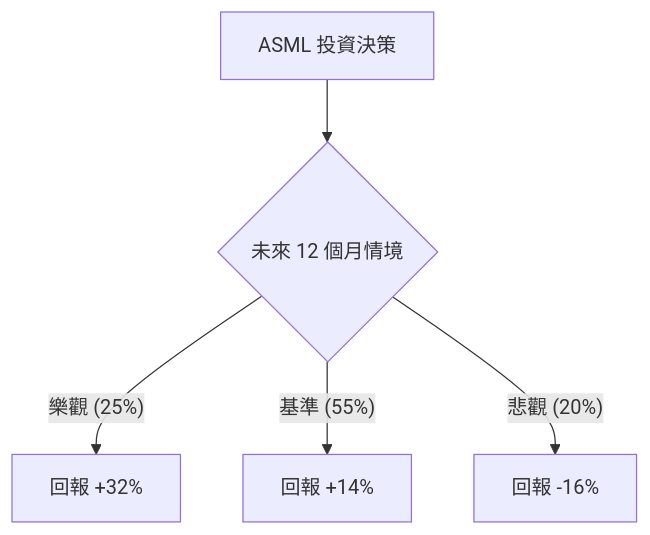
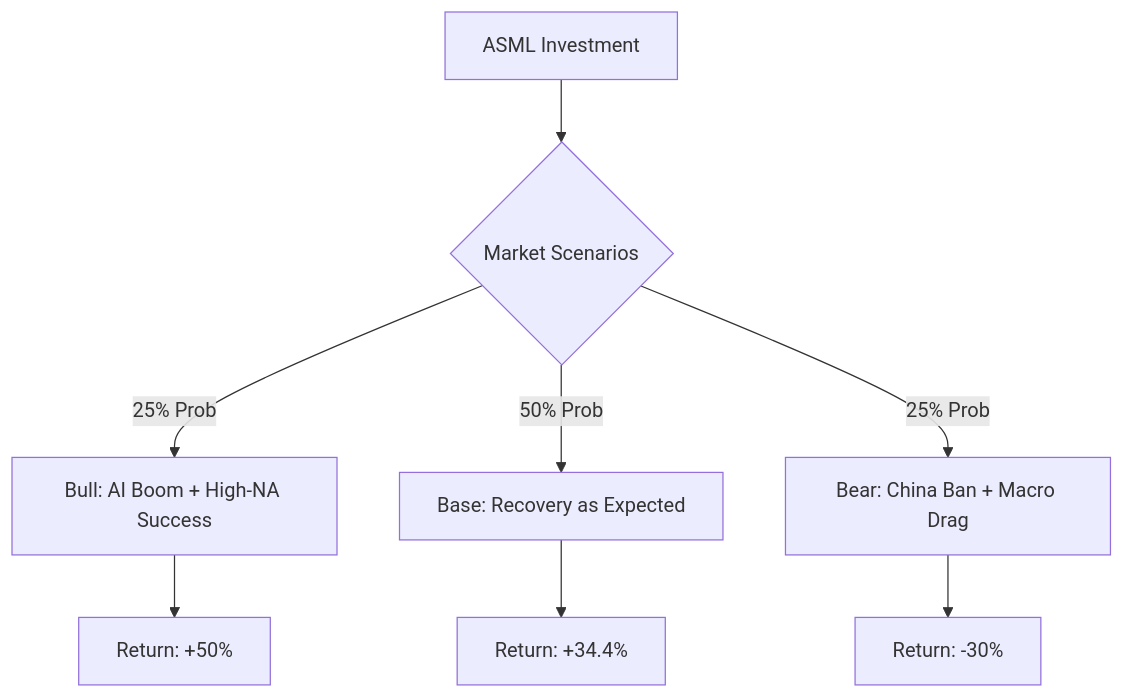
One commit to zmcx16/zmcx16.github.io changed the diagram in plugin-react/ai-analysis/ev-analysis/ASML.md. Above: the diagram before and after it, drawn with Mermaid. The commit also changed other lines of this file and 79 other files, not shown here.

````diff
--- a/plugin-react/ai-analysis/ev-analysis/ASML.md
+++ b/plugin-react/ai-analysis/ev-analysis/ASML.md
@@ -45,7 +45,10 @@
 ```mermaid
 graph TD
-    A[ASML 投資決策] --> B{未來 12 個月情境}
-    B -- 樂觀 (25%) --> C[回報 +32%]
-    B -- 基準 (55%) --> D[回報 +14%]
-    B -- 悲觀 (20%) --> E[回報 -16%]
+    A[ASML Investment] --> B{Market Scenarios}
+    B -- 25% Prob --> C[Bull: AI Boom + High-NA Success]
+    B -- 50% Prob --> D[Base: Recovery as Expected]
+    B -- 25% Prob --> E[Bear: China Ban + Macro Drag]
+    C --> F[Return: +50%]
+    D --> G[Return: +34.4%]
+    E --> H[Return: -30%]
 ```
````
